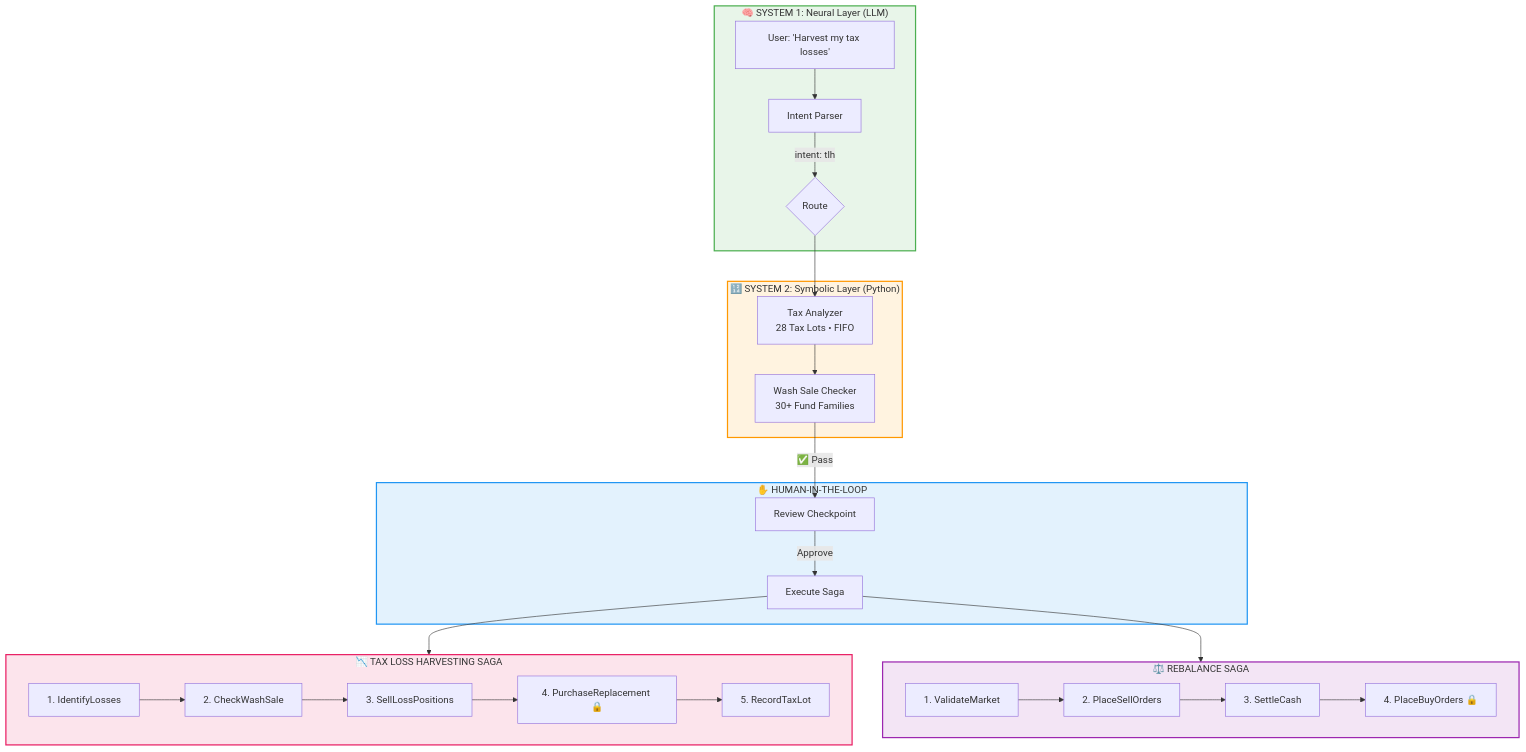
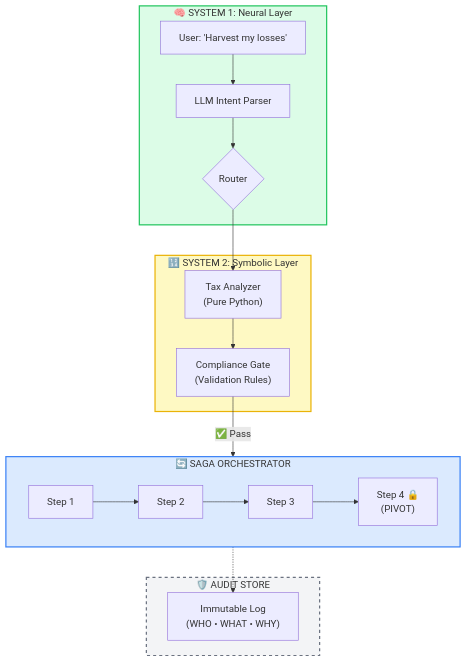
The second of 2 diagrams in README.md (hiteshdundi01/CyborgAdvisor), drawn with Mermaid before and after one commit. The commit also changed other lines of this file and 2 other files, not shown here.

````diff
--- a/README.md
+++ b/README.md
@@ -119,47 +153,30 @@
 ```mermaid
 flowchart TB
-    subgraph Neural["🧠 SYSTEM 1: Neural Layer (LLM)"]
-        A["User: 'Harvest my tax losses'"] --> B[Intent Parser]
-        B --> |"intent: tlh"| C{Route}
+    subgraph Neural["🧠 SYSTEM 1: Neural Layer"]
+        A["User: 'Harvest my losses'"] --> B[LLM Intent Parser]
+        B --> C{Router}
     end
     
-    subgraph Symbolic["🔢 SYSTEM 2: Symbolic Layer (Python)"]
-        D["Tax Analyzer<br/>28 Tax Lots • FIFO"]
-        E["Wash Sale Checker<br/>30+ Fund Families"]
+    subgraph Symbolic["🔢 SYSTEM 2: Symbolic Layer"]
+        D["Tax Analyzer\n(Pure Python)"]
+        E["Compliance Gate\n(Validation Rules)"]
         D --> E
     end
     
-    subgraph TLHSaga["📉 TAX LOSS HARVESTING SAGA"]
-        T1["1. IdentifyLosses"]
-        T2["2. CheckWashSale"]
-        T3["3. SellLossPositions"]
-        T4["4. PurchaseReplacement 🔒"]
-        T5["5. RecordTaxLot"]
-        T1 --> T2 --> T3 --> T4 --> T5
+    subgraph Saga["🔄 SAGA ORCHESTRATOR"]
+        S1[Step 1] --> S2[Step 2] --> S3[Step 3] --> S4["Step 4 🔒\n(PIVOT)"]
     end
     
-    subgraph RebalanceSaga["⚖️ REBALANCE SAGA"]
-        S1["1. ValidateMarket"]
-        S2["2. PlaceSellOrders"]
-        S3["3. SettleCash"]
-        S4["4. PlaceBuyOrders 🔒"]
-        S1 --> S2 --> S3 --> S4
-    end
-    
-    subgraph Human["✋ HUMAN-IN-THE-LOOP"]
-        F[Review Checkpoint]
-        G[Execute Saga]
+    subgraph Audit["🛡️ AUDIT STORE"]
+        Log["Immutable Log\n(WHO • WHAT • WHY)"]
     end
     
     C --> D
-    E -->|"✅ Pass"| F
-    F -->|"Approve"| G
-    G --> TLHSaga
-    G --> RebalanceSaga
+    E -->|"✅ Pass"| Saga
+    Saga -.-> Log
     
-    style Neural fill:#e8f5e9,stroke:#4caf50,stroke-width:2px
-    style Symbolic fill:#fff3e0,stroke:#ff9800,stroke-width:2px
-    style Human fill:#e3f2fd,stroke:#2196f3,stroke-width:2px
-    style TLHSaga fill:#fce4ec,stroke:#e91e63,stroke-width:2px
-    style RebalanceSaga fill:#f3e5f5,stroke:#9c27b0,stroke-width:2px
+    style Neural fill:#dcfce7,stroke:#22c55e,stroke-width:2px
+    style Symbolic fill:#fef9c3,stroke:#eab308,stroke-width:2px
+    style Saga fill:#dbeafe,stroke:#3b82f6,stroke-width:2px
+    style Audit fill:#f3f4f6,stroke:#6b7280,stroke-width:2px,stroke-dasharray: 5 5
 ```
````
